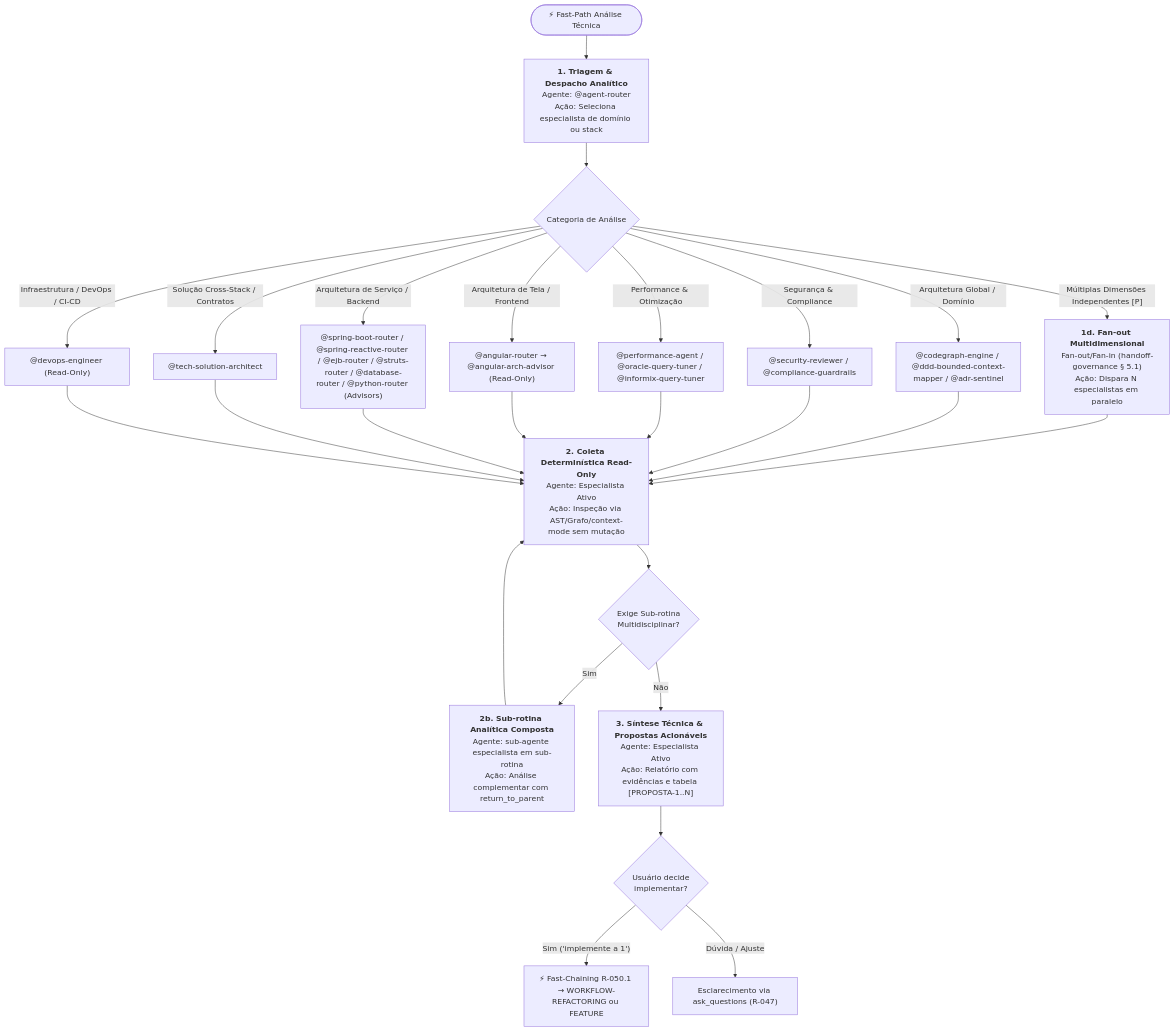
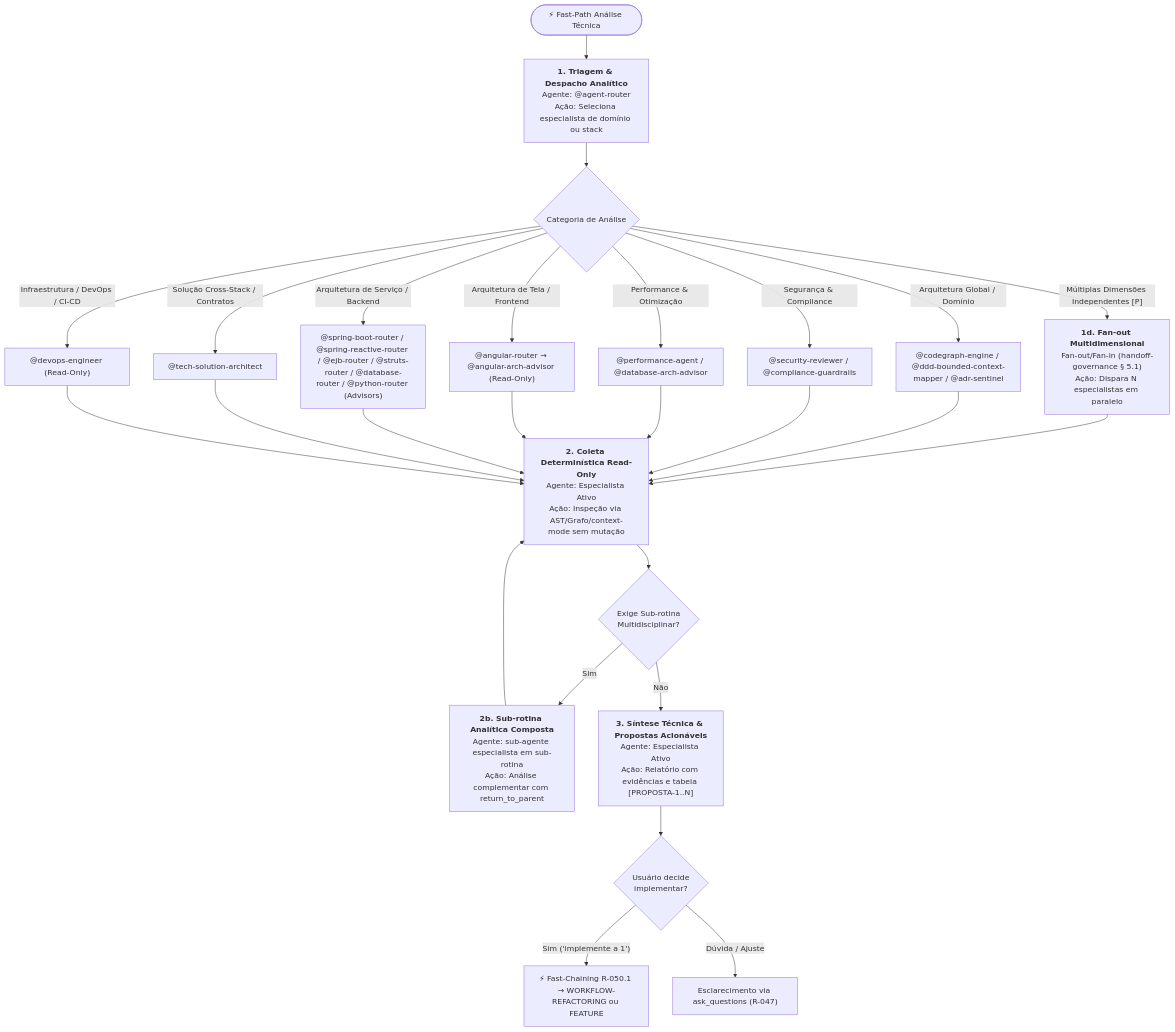
Before and after one commit to jezreel8858/deep-agents-copilot: the diagram in .github/agents/workflows/workflow-technical-analysis.md, drawn with Mermaid. The commit also changed other lines of this file and 281 other files, not shown here.

````diff
--- a/.github/agents/workflows/workflow-technical-analysis.md
+++ b/.github/agents/workflows/workflow-technical-analysis.md
@@ -12,27 +12,27 @@
 ```mermaid
 flowchart TD
     Start(["⚡ Fast-Path Análise Técnica"]) --> RouterSelect["<b>1. Triagem & Despacho Analítico</b><br/>Agente: @agent-router<br/>Ação: Seleciona especialista de domínio ou stack"]
 
     RouterSelect --> CatGlobal{"Categoria de Análise"}
 
     CatGlobal -- "Arquitetura Global / Domínio" --> A1["@codegraph-engine / @ddd-bounded-context-mapper / @adr-sentinel"]
     CatGlobal -- "Segurança & Compliance" --> A2["@security-reviewer / @compliance-guardrails"]
-    CatGlobal -- "Performance & Otimização" --> A3["@performance-agent / @oracle-query-tuner / @informix-query-tuner"]
+    CatGlobal -- "Performance & Otimização" --> A3["@performance-agent / @database-arch-advisor"]
     CatGlobal -- "Arquitetura de Tela / Frontend" --> A4["@angular-router → @angular-arch-advisor (Read-Only)"]
     CatGlobal -- "Arquitetura de Serviço / Backend" --> A5["@spring-boot-router / @spring-reactive-router / @ejb-router / @struts-router / @database-router / @python-router (Advisors)"]
     CatGlobal -- "Solução Cross-Stack / Contratos" --> A6["@tech-solution-architect"]
     CatGlobal -- "Infraestrutura / DevOps / CI-CD" --> A7["@devops-engineer (Read-Only)"]
     CatGlobal -- "Múltiplas Dimensões Independentes [P]" --> FanOut["<b>1d. Fan-out Multidimensional</b><br/>Fan-out/Fan-in (handoff-governance § 5.1)<br/>Ação: Dispara N especialistas em paralelo"]
     FanOut --> Collect
 
     A1 & A2 & A3 & A4 & A5 & A6 & A7 --> Collect["<b>2. Coleta Determinística Read-Only</b><br/>Agente: Especialista Ativo<br/>Ação: Inspeção via AST/Grafo/context-mode sem mutação"]
 
     Collect --> CheckComposed{"Exige Sub-rotina<br/>Multidisciplinar?"}
     CheckComposed -- "Sim" --> SubAnalytic["<b>2b. Sub-rotina Analítica Composta</b><br/>Agente: sub-agente especialista em sub-rotina<br/>Ação: Análise complementar com return_to_parent"]
     SubAnalytic --> Collect
     CheckComposed -- "Não" --> Synth["<b>3. Síntese Técnica & Propostas Acionáveis</b><br/>Agente: Especialista Ativo<br/>Ação: Relatório com evidências e tabela [PROPOSTA-1..N]"]
 
     Synth --> ChainingDecision{"Usuário decide<br/>implementar?"}
     ChainingDecision -- "Sim ('implemente a 1')" --> FastChaining["⚡ Fast-Chaining R-050.1 → WORKFLOW-REFACTORING ou FEATURE"]
     ChainingDecision -- "Dúvida / Ajuste" --> AskUser["Esclarecimento via ask_questions (R-047)"]
 ```
````
